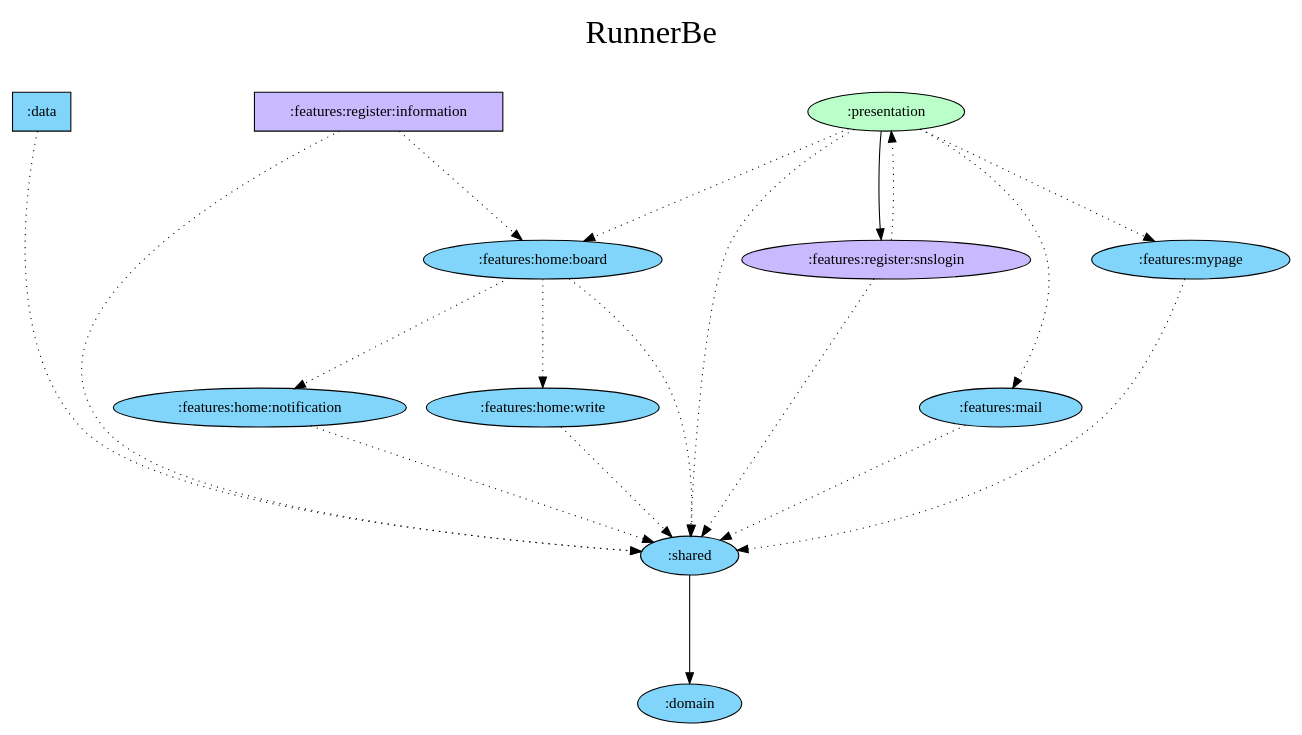
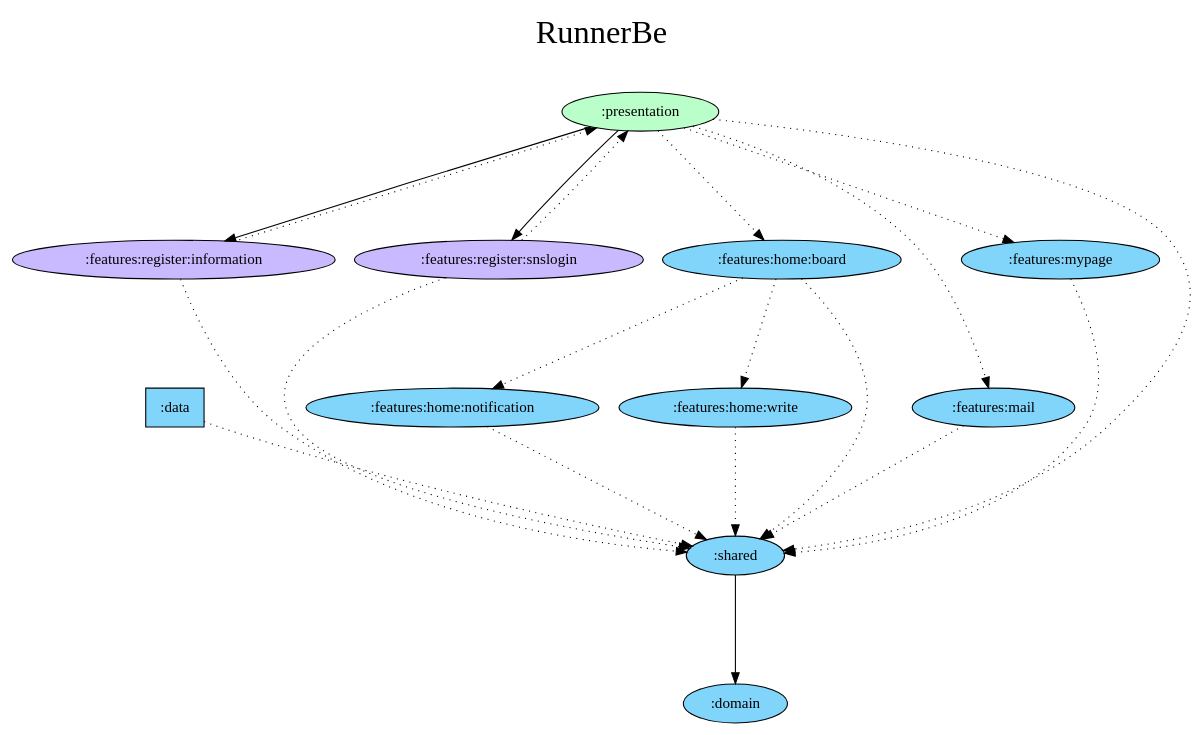
One commit to jisungbin/RunnerBe-Android changed the diagram in art/project-graph.dot. Above: the diagram before and after it, drawn with Graphviz. The commit also changed 2 other files, not shown here.

```diff
--- a/art/project-graph.dot
+++ b/art/project-graph.dot
@@ -1,42 +1,43 @@
 digraph {
   graph [label="RunnerBe\n ",labelloc=t,fontsize=30,ranksep=1.4];
   node [style=filled, fillcolor="#bbbbbb"];
   rankdir=TB;
 
   # Projects
 
   ":data" [shape=box, fillcolor="#81D4FA"];
   ":domain" [fillcolor="#81D4FA"];
   ":features:home:board" [fillcolor="#81D4FA"];
   ":features:home:notification" [fillcolor="#81D4FA"];
   ":features:home:write" [fillcolor="#81D4FA"];
   ":features:mail" [fillcolor="#81D4FA"];
   ":features:mypage" [fillcolor="#81D4FA"];
-  ":features:register:information" [shape=box, fillcolor="#c9baff"];
+  ":features:register:information" [fillcolor="#c9baff"];
   ":features:register:snslogin" [fillcolor="#c9baff"];
   ":presentation" [fillcolor="#baffc9"];
   ":shared" [fillcolor="#81D4FA"];
 
-  {rank = same; ":data"; ":features:register:information";}
+  {rank = same; ":data";}
 
   # Dependencies
 
   ":data" -> ":shared" [style=dotted]
   ":presentation" -> ":features:register:snslogin"
+  ":presentation" -> ":features:register:information"
   ":presentation" -> ":features:mail" [style=dotted]
   ":presentation" -> ":features:mypage" [style=dotted]
   ":presentation" -> ":features:home:board" [style=dotted]
   ":presentation" -> ":shared" [style=dotted]
   ":shared" -> ":domain"
   ":features:mail" -> ":shared" [style=dotted]
   ":features:mypage" -> ":shared" [style=dotted]
   ":features:home:board" -> ":shared" [style=dotted]
   ":features:home:board" -> ":features:home:write" [style=dotted]
   ":features:home:board" -> ":features:home:notification" [style=dotted]
   ":features:home:notification" -> ":shared" [style=dotted]
   ":features:home:write" -> ":shared" [style=dotted]
-  ":features:register:information" -> ":features:home:board" [style=dotted]
+  ":features:register:information" -> ":presentation" [style=dotted]
   ":features:register:information" -> ":shared" [style=dotted]
   ":features:register:snslogin" -> ":presentation" [style=dotted]
   ":features:register:snslogin" -> ":shared" [style=dotted]
 }
```
